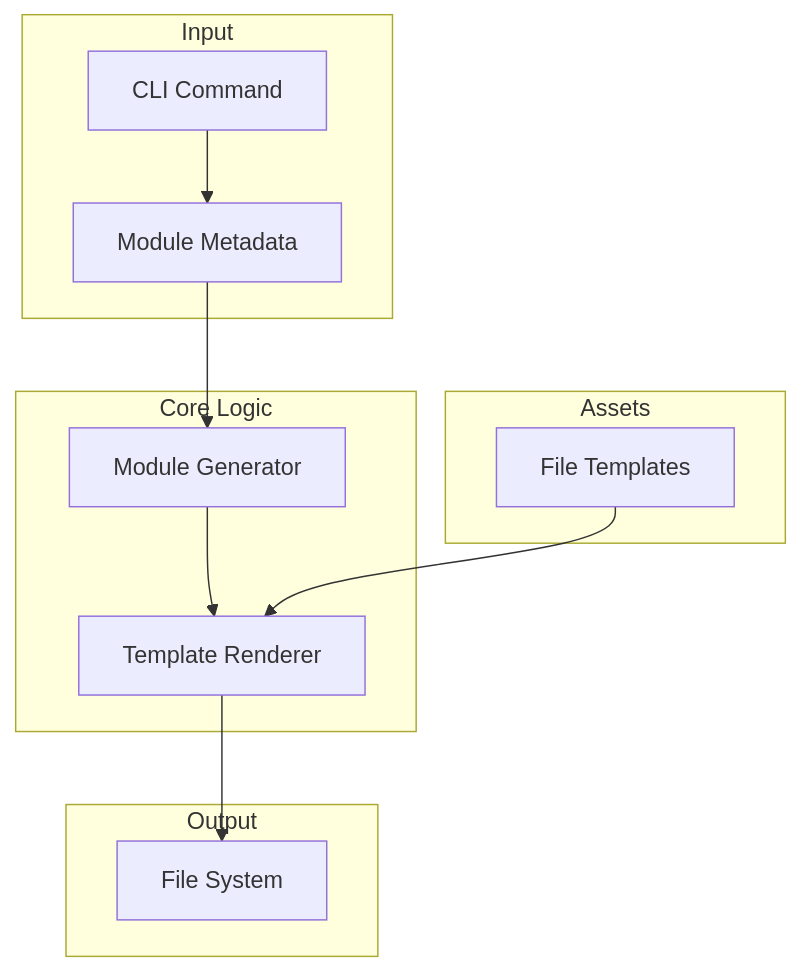
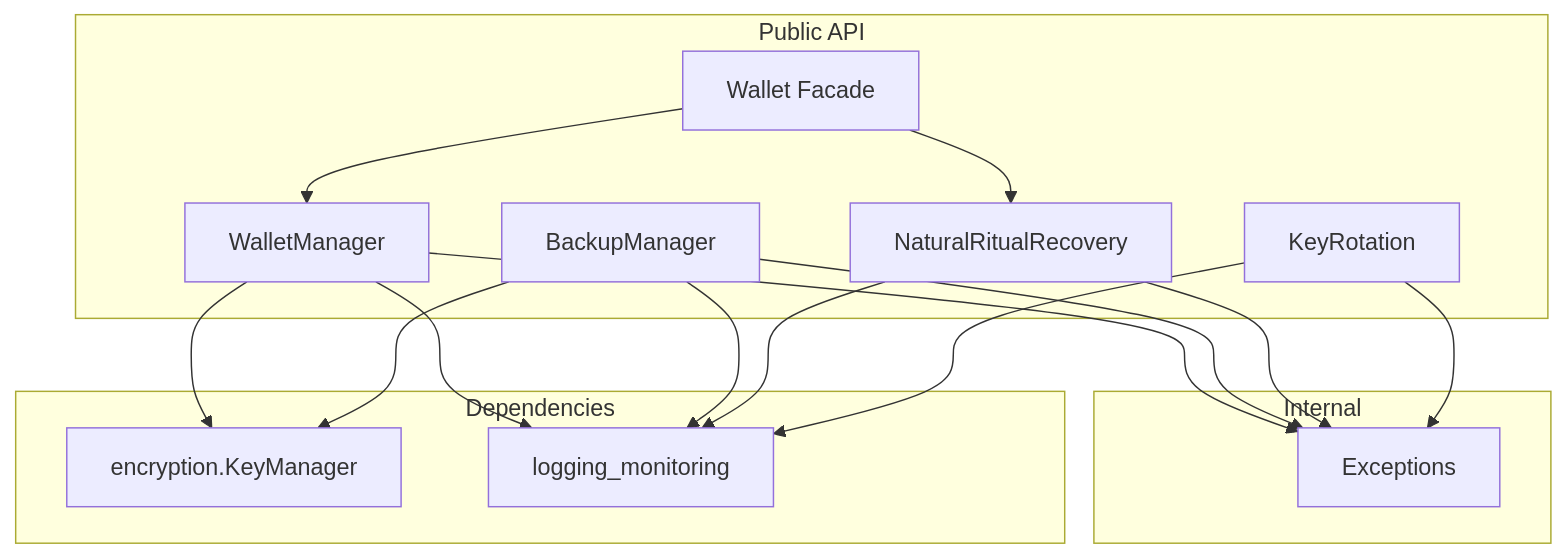
One commit to docxology/codomyrmex changed the diagram in src/codomyrmex/wallet/SPEC.md. Above: the diagram before and after it, drawn with Mermaid. The commit also changed other lines of this file and 262 other files, not shown here.

````diff
--- a/src/codomyrmex/wallet/SPEC.md
+++ b/src/codomyrmex/wallet/SPEC.md
@@ -31,26 +30,32 @@
 ```mermaid
 graph TD
-    subgraph "Input"
-        CLI[CLI Command]
-        Config[Module Metadata]
+    subgraph "Public API"
+        WM[WalletManager]
+        NRR[NaturalRitualRecovery]
+        BM[BackupManager]
+        KR[KeyRotation]
+        W[Wallet Facade]
     end
 
-    subgraph "Core Logic"
-        Generator[Module Generator]
-        Renderer[Template Renderer]
+    subgraph "Internal"
+        EX[Exceptions]
     end
 
-    subgraph "Assets"
-        Templates[File Templates]
+    subgraph "Dependencies"
+        KMgr[encryption.KeyManager]
+        LOG[logging_monitoring]
     end
 
-    subgraph "Output"
-        FS[File System]
-    end
-
-    CLI --> Config
-    Config --> Generator
-    Generator --> Renderer
-    Templates --> Renderer
-    Renderer --> FS
+    W --> WM
+    W --> NRR
+    WM --> KMgr
+    WM --> LOG
+    WM --> EX
+    BM --> KMgr
+    BM --> LOG
+    BM --> EX
+    NRR --> LOG
+    NRR --> EX
+    KR --> LOG
+    KR --> EX
 ```
````
